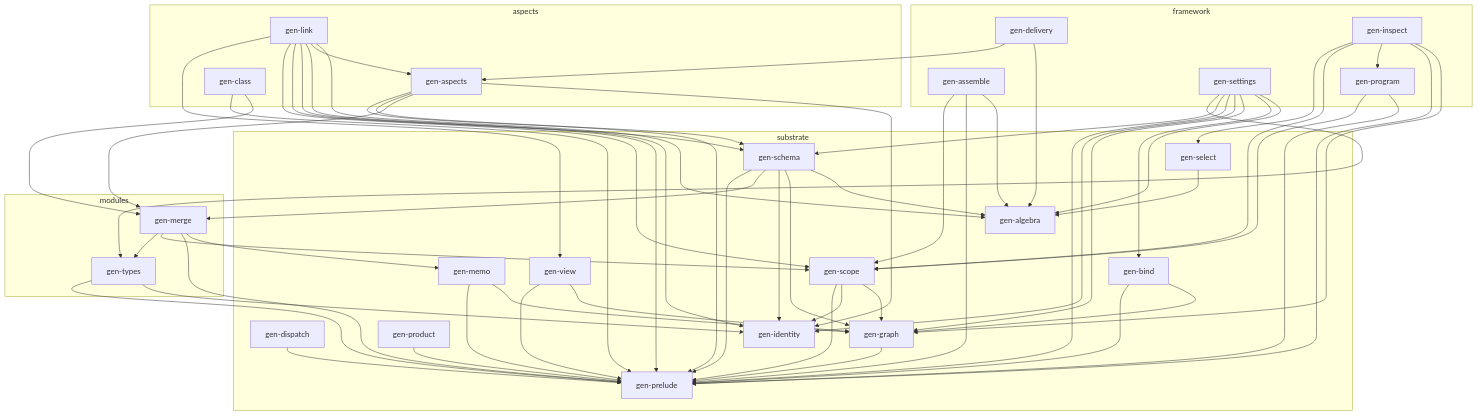
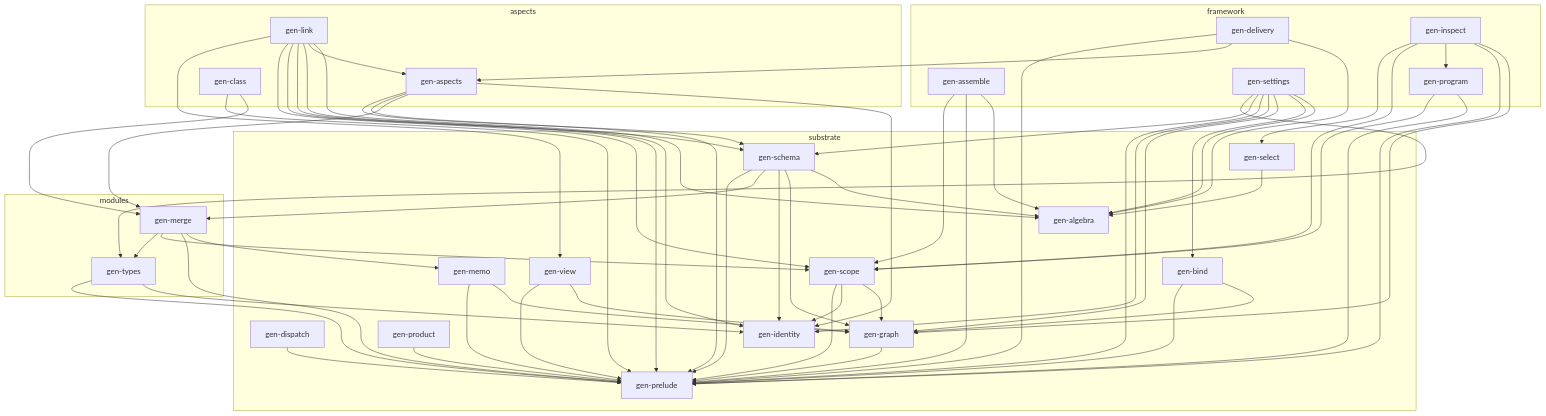
The first of 4 diagrams in ARCHITECTURE.md (sini/gen), drawn with Mermaid before and after one commit. The commit also changed 6 other files, not shown here.

Commit message:
relock 35: every member at its tip (P1 doors, gen-schema _identity leaf with gen-scope, gen-bind mkFlakeTerminal arm C); schemaHosts bounds restored to 0.90; gen-delivery supplies gen-prelude

```diff
--- a/ARCHITECTURE.md
+++ b/ARCHITECTURE.md
@@ -83,6 +83,7 @@
   gen_class --> gen_prelude
   gen_delivery --> gen_algebra
   gen_delivery --> gen_aspects
+  gen_delivery --> gen_prelude
   gen_dispatch --> gen_prelude
   gen_graph --> gen_prelude
   gen_inspect --> gen_graph
```
